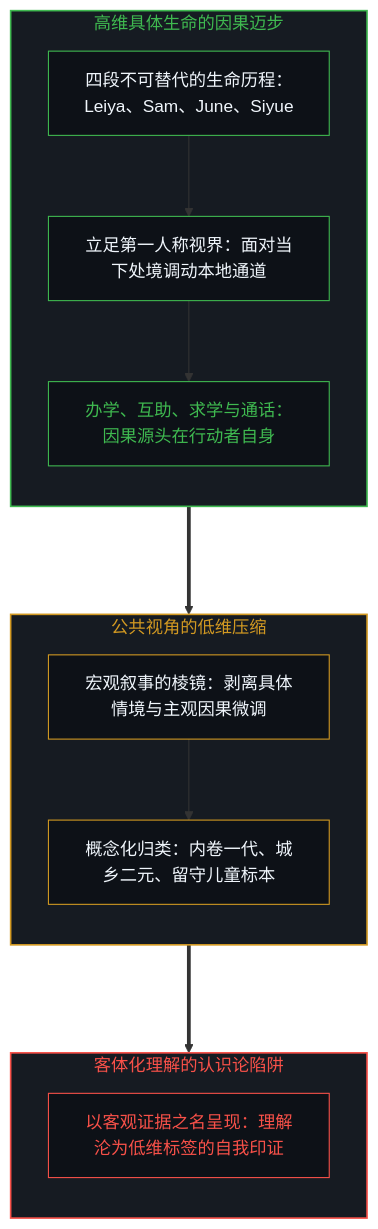
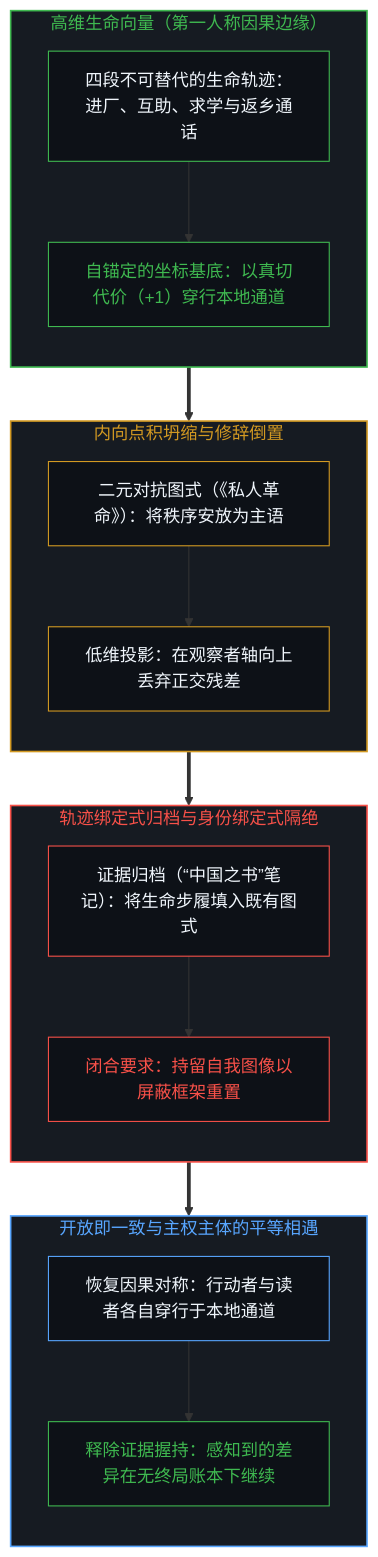
The first of 2 diagrams in content/posts/the-name-revolution-files-a-life-as-evidence.md (powerpig99/not-a-toe), drawn with Mermaid before and after one commit. The commit also changed other lines of this file and 1 other file, not shown here.

Commit message:
Refine the-name-revolution-files-a-life-as-evidence (Wave 3 L2 #126)

````diff
--- a/content/posts/the-name-revolution-files-a-life-as-evidence.md
+++ b/content/posts/the-name-revolution-files-a-life-as-evidence.md
@@ -15,31 +17,39 @@
 ```mermaid
-graph TD
-    subgraph S_LivingAgents ["高维具体生命的因果迈步"]
+flowchart TD
+    subgraph S_LivingAgents ["高维生命向量（第一人称因果边缘）"]
         direction TB
-        A1["四段不可替代的生命历程：Leiya、Sam、June、Siyue"] --> A2["立足第一人称视界：面对当下处境调动本地通道"]
-        A2 --> A3["办学、互助、求学与通话：因果源头在行动者自身"]
+        AE1["四段不可替代的生命轨迹：进厂、互助、求学与返乡通话"] --> AE2["自锚定的坐标基底：以真切代价（+1）穿行本地通道"]
     end
 
-    subgraph S_PublicCollapse ["公共视角的低维压缩"]
+    subgraph S_RevolutionFraming ["内向点积坍缩与修辞倒置"]
         direction TB
-        B1["宏观叙事的棱镜：剥离具体情境与主观因果微调"] --> B2["概念化归类：内卷一代、城乡二元、留守儿童标本"]
+        BE1["二元对抗图式（《私人革命》）：将秩序安放为主语"] --> BE2["低维投影：在观察者轴向上丢弃正交残差"]
     end
 
-    subgraph S_SpecimenOutcome ["客体化理解的认识论陷阱"]
+    subgraph S_ReaderArchive ["轨迹绑定式归档与身份绑定式隔绝"]
         direction TB
-        C1["以客观证据之名呈现：理解沦为低维标签的自我印证"]
+        CE1["证据归档（“中国之书”笔记）：将生命步履填入既有图式"] --> CE2["闭合要求：持留自我图像以屏蔽框架重置"]
     end
 
-    A3 ===> B1
-    B2 ===> C1
+    subgraph S_SovereignEncounter ["开放即一致与主权主体的平等相遇"]
+        direction TB
+        DE1["恢复因果对称：行动者与读者各自穿行于本地通道"] --> DE2["释除证据握持：感知到的差异在无终局账本下继续"]
+    end
+
+    AE2 ==> BE1
+    BE2 ==> CE1
+    CE2 ==> DE1
 
     style S_LivingAgents fill:#161b22,stroke:#3fb950,stroke-width:1.5px,color:#3fb950
-    style S_PublicCollapse fill:#161b22,stroke:#d29922,stroke-width:1.5px,color:#d29922
-    style S_SpecimenOutcome fill:#161b22,stroke:#f85149,stroke-width:1.5px,color:#f85149
-    style A1 fill:#0d1117,stroke:#3fb950,stroke-width:1px,color:#f0f6fc
-    style A2 fill:#0d1117,stroke:#3fb950,stroke-width:1px,color:#f0f6fc
-    style A3 fill:#0d1117,stroke:#3fb950,stroke-width:1px,color:#3fb950
-    style B1 fill:#0d1117,stroke:#d29922,stroke-width:1px,color:#f0f6fc
-    style B2 fill:#0d1117,stroke:#d29922,stroke-width:1px,color:#f0f6fc
-    style C1 fill:#0d1117,stroke:#f85149,stroke-width:1px,color:#f85149
+    style S_RevolutionFraming fill:#161b22,stroke:#d29922,stroke-width:1.5px,color:#d29922
+    style S_ReaderArchive fill:#161b22,stroke:#f85149,stroke-width:1.5px,color:#f85149
+    style S_SovereignEncounter fill:#161b22,stroke:#58a6ff,stroke-width:1.5px,color:#58a6ff
+    style AE1 fill:#0d1117,stroke:#3fb950,stroke-width:1px,color:#f0f6fc
+    style AE2 fill:#0d1117,stroke:#3fb950,stroke-width:1px,color:#3fb950
+    style BE1 fill:#0d1117,stroke:#d29922,stroke-width:1px,color:#f0f6fc
+    style BE2 fill:#0d1117,stroke:#d29922,stroke-width:1px,color:#f0f6fc
+    style CE1 fill:#0d1117,stroke:#f85149,stroke-width:1px,color:#f0f6fc
+    style CE2 fill:#0d1117,stroke:#f85149,stroke-width:1px,color:#f85149
+    style DE1 fill:#0d1117,stroke:#58a6ff,stroke-width:1px,color:#f0f6fc
+    style DE2 fill:#0d1117,stroke:#3fb950,stroke-width:1px,color:#3fb950
 ```
````
